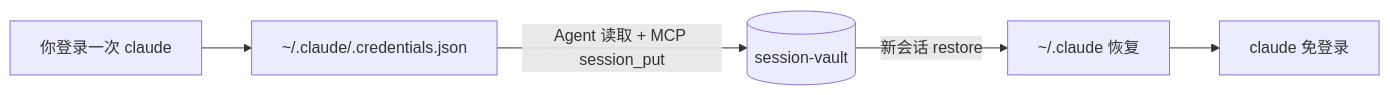
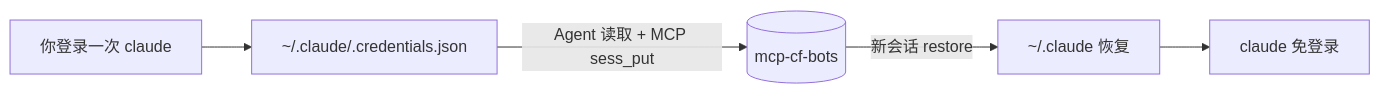
Before and after one commit to partnernetsoftware/.github: the diagram in docs/claude-code-session-reuse.md, drawn with Mermaid. The commit also changed other lines of this file and 19 other files, not shown here.

Commit message:
Rename MCP to mcp-cf-bots and session tools to sess_*

````diff
--- a/docs/claude-code-session-reuse.md
+++ b/docs/claude-code-session-reuse.md
@@ -9,7 +9,7 @@
 ```mermaid
 flowchart LR
   Login[你登录一次 claude] --> Local[~/.claude/.credentials.json]
-  Local -->|Agent 读取 + MCP session_put| Vault[(session-vault)]
+  Local -->|Agent 读取 + MCP sess_put| Vault[(mcp-cf-bots)]
   Vault -->|新会话 restore| Local2[~/.claude 恢复]
   Local2 --> CLI[claude 免登录]
 ```
````
